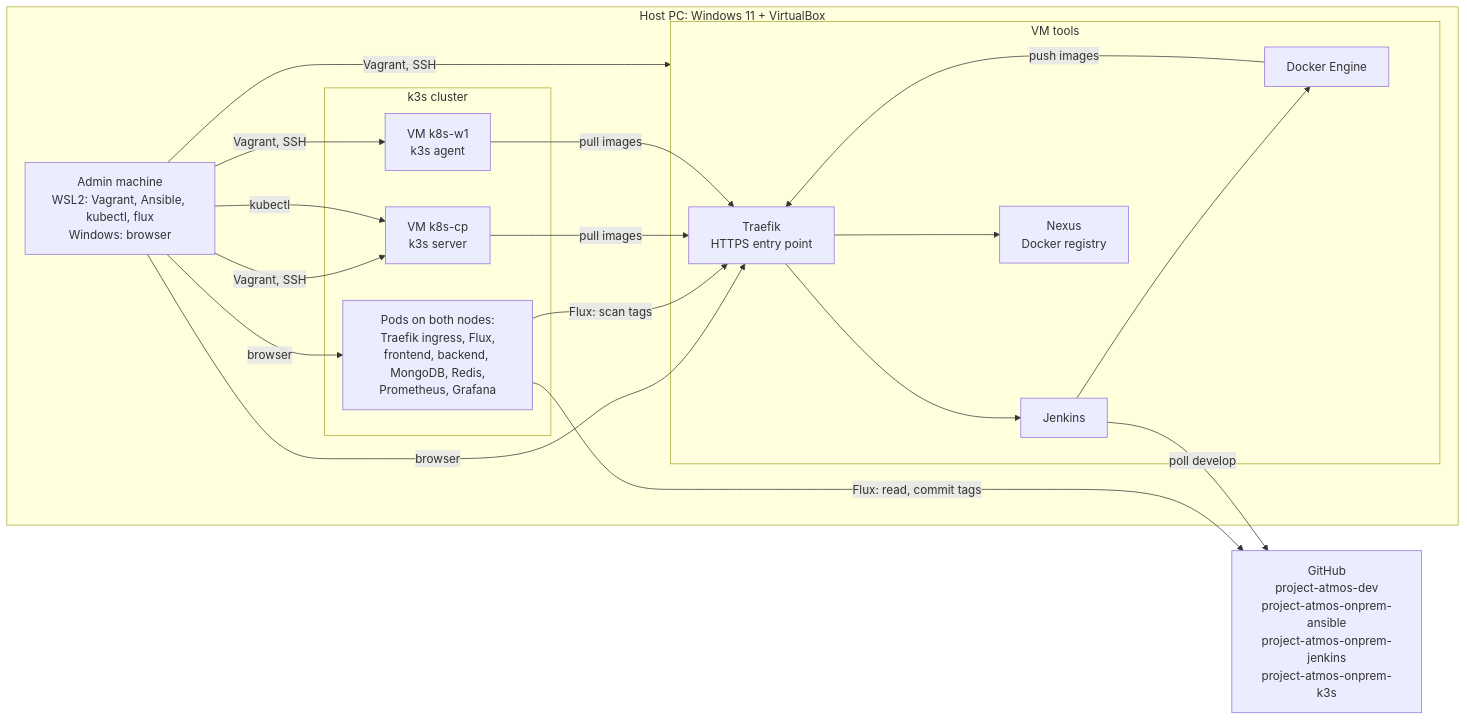
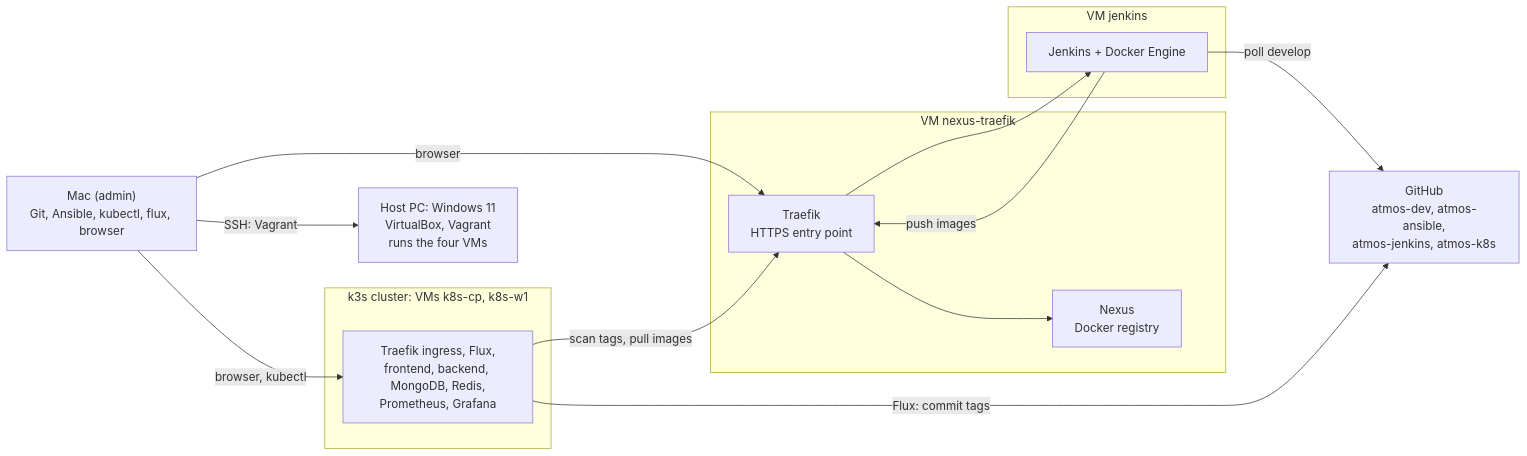
The first of 2 diagrams in docs/on-premise/architecture.md (Kernel-Club/atmos-dev), drawn with Mermaid before and after one commit. The commit also changed other lines of this file and 4 other files, not shown here.

First line of the commit message:
docs(on-premise): move to four VMs and Mac admin

````diff
--- a/docs/on-premise/architecture.md
+++ b/docs/on-premise/architecture.md
@@ -15,34 +15,26 @@
 ```mermaid
 flowchart LR
-    subgraph host["Host PC: Windows 11 + VirtualBox"]
-        admin["Admin machine<br/>WSL2: Vagrant, Ansible, kubectl, flux<br/>Windows: browser"]
-        subgraph tools["VM tools"]
-            tTraefik["Traefik<br/>HTTPS entry point"]
-            jenkins["Jenkins"]
-            docker["Docker Engine"]
-            nexus["Nexus<br/>Docker registry"]
-        end
-        subgraph k3s["k3s cluster"]
-            cp["VM k8s-cp<br/>k3s server"]
-            w1["VM k8s-w1<br/>k3s agent"]
-            pods["Pods on both nodes:<br/>Traefik ingress, Flux,<br/>frontend, backend, MongoDB, Redis,<br/>Prometheus, Grafana"]
-        end
+    admin["Mac (admin)<br/>Git, Ansible, kubectl, flux, browser"]
+    pc["Host PC: Windows 11<br/>VirtualBox, Vagrant<br/>runs the four VMs"]
+    github["GitHub<br/>atmos-dev, atmos-ansible,<br/>atmos-jenkins, atmos-k8s"]
+    subgraph nt["VM nexus-traefik"]
+        traefik["Traefik<br/>HTTPS entry point"]
+        nexus["Nexus<br/>Docker registry"]
     end
-    github["GitHub<br/>project-atmos-dev<br/>project-atmos-onprem-ansible<br/>project-atmos-onprem-jenkins<br/>project-atmos-onprem-k3s"]
+    subgraph jv["VM jenkins"]
+        jenkins["Jenkins + Docker Engine"]
+    end
+    subgraph k3s["k3s cluster: VMs k8s-cp, k8s-w1"]
+        pods["Traefik ingress, Flux,<br/>frontend, backend, MongoDB, Redis,<br/>Prometheus, Grafana"]
+    end
 
-    admin -- "Vagrant, SSH" --> tools
-    admin -- "Vagrant, SSH" --> cp
-    admin -- "Vagrant, SSH" --> w1
-    admin -- "kubectl" --> cp
-    admin -- "browser" --> tTraefik
-    admin -- "browser" --> pods
-    tTraefik --> jenkins
-    tTraefik --> nexus
+    admin -- "SSH: Vagrant" --> pc
+    admin -- "browser, kubectl" --> pods
+    admin -- "browser" --> traefik
+    traefik --> nexus
+    traefik --> jenkins
     jenkins -- "poll develop" --> github
-    jenkins --> docker
-    docker -- "push images" --> tTraefik
-    pods -- "Flux: read, commit tags" --> github
-    pods -- "Flux: scan tags" --> tTraefik
-    cp -- "pull images" --> tTraefik
-    w1 -- "pull images" --> tTraefik
+    jenkins -- "push images" --> traefik
+    pods -- "Flux: commit tags" --> github
+    pods -- "scan tags, pull images" --> traefik
 ```
````
